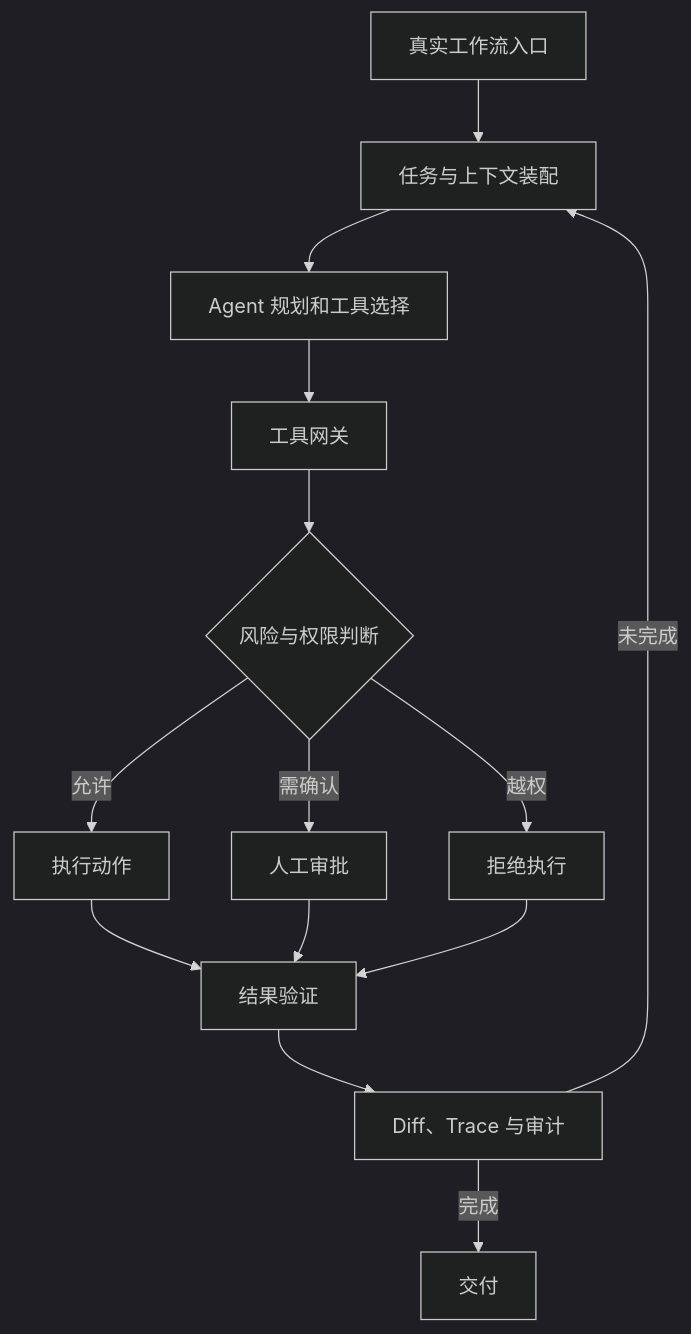
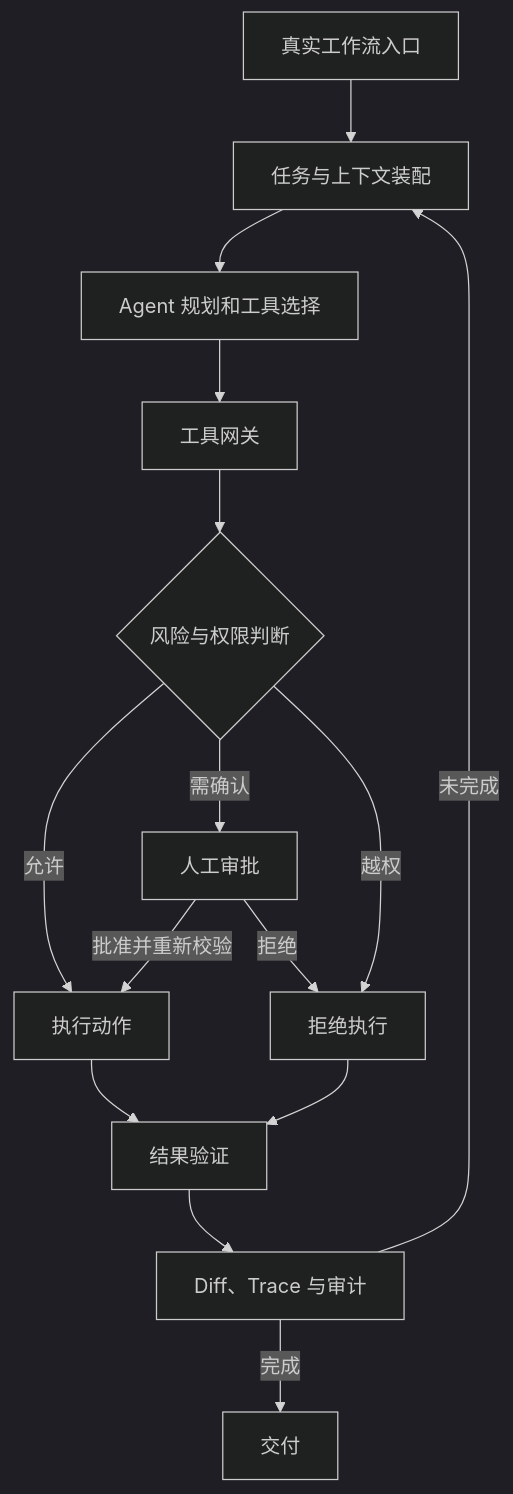
One commit to GuoWWWX/knowledge-base changed the diagram in 10-AI应用开发/09-标杆产品拆解/99-本章总结与复习.md. Above: the diagram before and after it, drawn with Mermaid (dark theme). The commit also changed other lines of this file and 251 other files, not shown here.

````diff
--- a/10-AI应用开发/09-标杆产品拆解/99-本章总结与复习.md
+++ b/10-AI应用开发/09-标杆产品拆解/99-本章总结与复习.md
@@ -36,16 +32,17 @@
 ```mermaid
 flowchart TD
     A["真实工作流入口"] --> B["任务与上下文装配"]
     B --> C["Agent 规划和工具选择"]
     C --> D["工具网关"]
     D --> E{"风险与权限判断"}
     E -->|允许| F["执行动作"]
     E -->|需确认| G["人工审批"]
     E -->|越权| H["拒绝执行"]
     F --> I["结果验证"]
-    G --> I
+    G -->|批准并重新校验| F
+    G -->|拒绝| H
     H --> I
     I --> J["Diff、Trace 与审计"]
     J -->|未完成| B
     J -->|完成| K["交付"]
 ```
````
